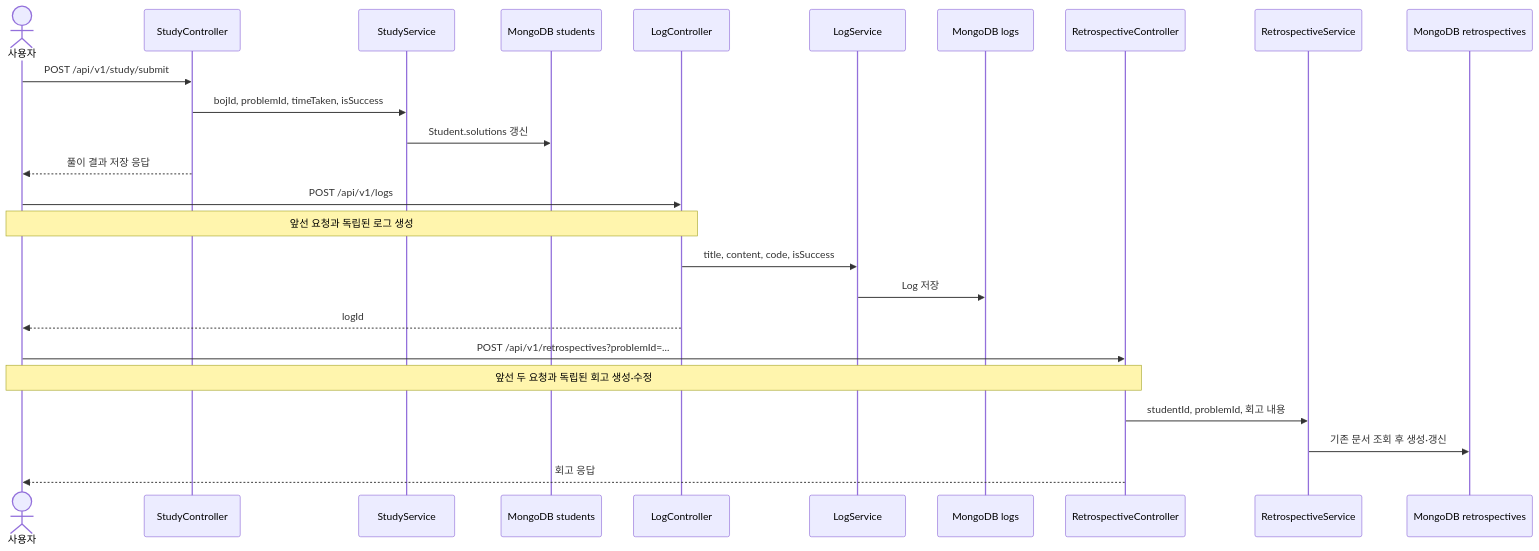
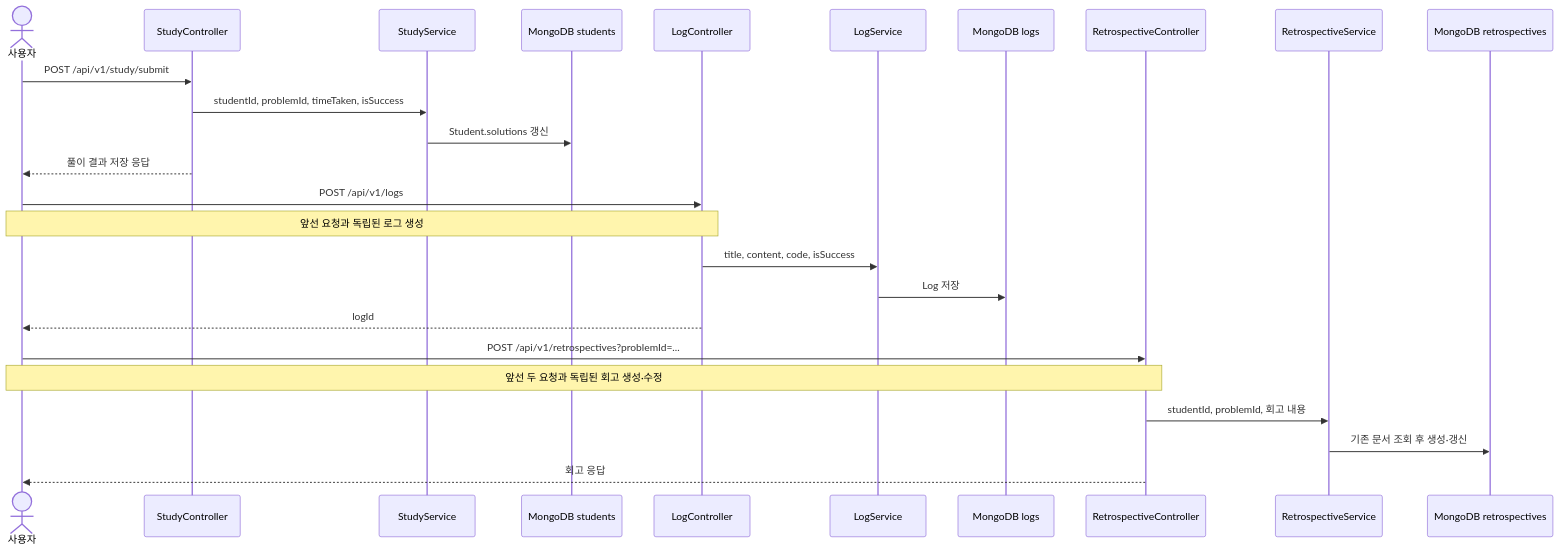
The diagram in DOCS/portfolio/STUDY_RECORD_FLOW.md (didim-log/didim-log-BE), drawn with Mermaid before and after one commit. The commit also changed other lines of this file and 113 other files, not shown here.

````diff
--- a/DOCS/portfolio/STUDY_RECORD_FLOW.md
+++ b/DOCS/portfolio/STUDY_RECORD_FLOW.md
@@ -22,30 +23,30 @@
 ```mermaid
 sequenceDiagram
     actor User as 사용자
     participant Study as StudyController
     participant StudySvc as StudyService
     participant Students as MongoDB students
     participant LogCtrl as LogController
     participant LogSvc as LogService
     participant Logs as MongoDB logs
     participant RetroCtrl as RetrospectiveController
     participant RetroSvc as RetrospectiveService
     participant Retrospectives as MongoDB retrospectives
 
     User->>Study: POST /api/v1/study/submit
-    Study->>StudySvc: bojId, problemId, timeTaken, isSuccess
+    Study->>StudySvc: studentId, problemId, timeTaken, isSuccess
     StudySvc->>Students: Student.solutions 갱신
     Study-->>User: 풀이 결과 저장 응답
 
     User->>LogCtrl: POST /api/v1/logs
     Note over User,LogCtrl: 앞선 요청과 독립된 로그 생성
     LogCtrl->>LogSvc: title, content, code, isSuccess
     LogSvc->>Logs: Log 저장
     LogCtrl-->>User: logId
 
     User->>RetroCtrl: POST /api/v1/retrospectives?problemId=...
     Note over User,RetroCtrl: 앞선 두 요청과 독립된 회고 생성·수정
     RetroCtrl->>RetroSvc: studentId, problemId, 회고 내용
     RetroSvc->>Retrospectives: 기존 문서 조회 후 생성·갱신
     RetroCtrl-->>User: 회고 응답
 ```
````
